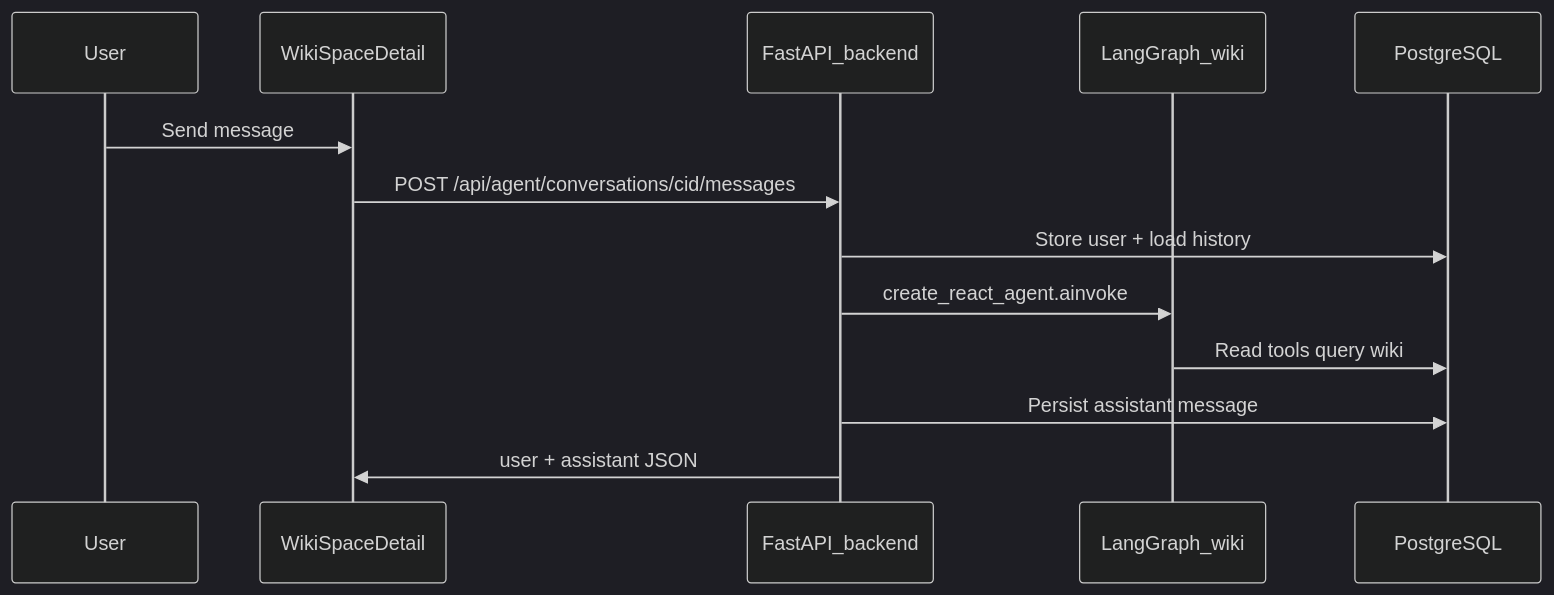
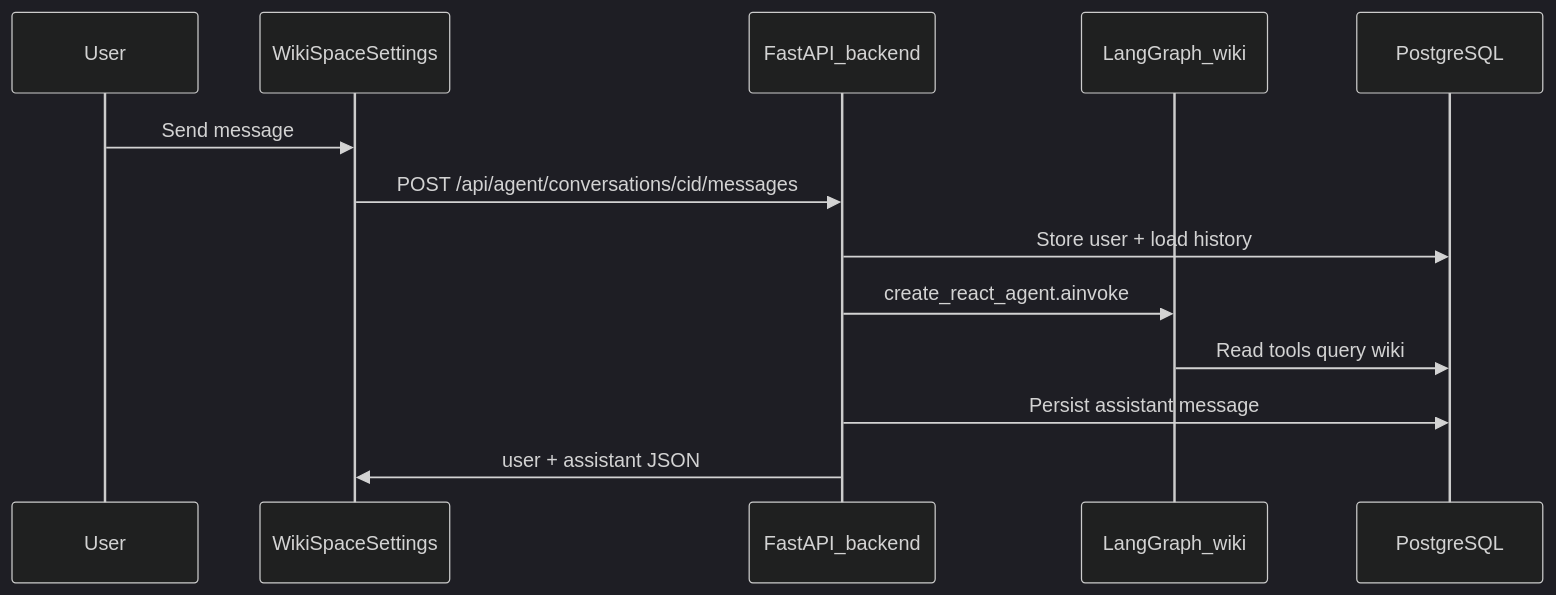
One commit to yingrui/openKMS changed the diagram in docs/wiki_agent_prototype.md. Above: the diagram before and after it, drawn with Mermaid (dark theme). The commit also changed other lines of this file and 18 other files, not shown here.

First line of the commit message:
Add wiki space settings route and redesign hub

````diff
--- a/docs/wiki_agent_prototype.md
+++ b/docs/wiki_agent_prototype.md
@@ -26,15 +26,15 @@
 ```mermaid
 sequenceDiagram
   participant U as User
-  participant FE as WikiSpaceDetail
+  participant FE as WikiSpaceSettings
   participant API as FastAPI_backend
   participant G as LangGraph_wiki
   participant DB as PostgreSQL
   U->>FE: Send message
   FE->>API: POST /api/agent/conversations/cid/messages
   API->>DB: Store user + load history
   API->>G: create_react_agent.ainvoke
   G->>DB: Read tools query wiki
   API->>DB: Persist assistant message
   API->>FE: user + assistant JSON
 ```
````
